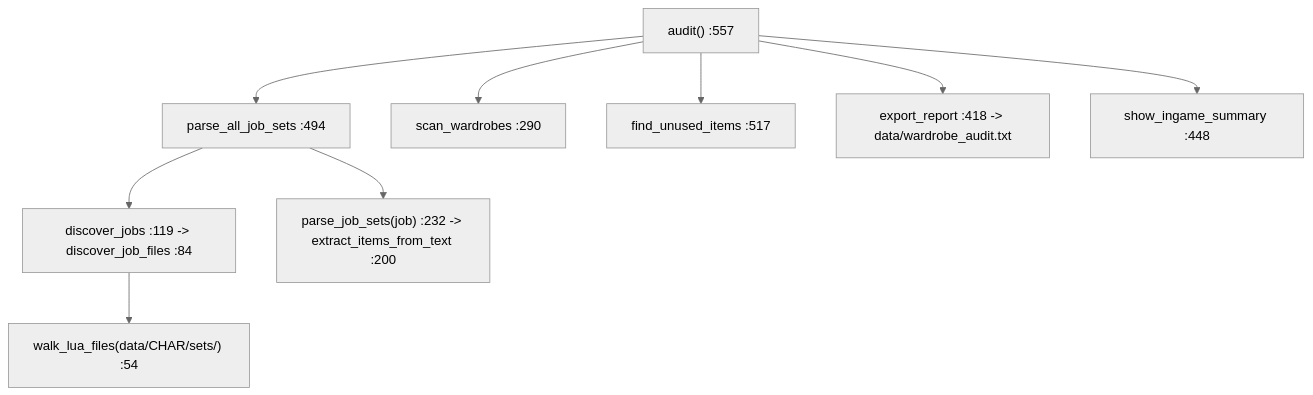
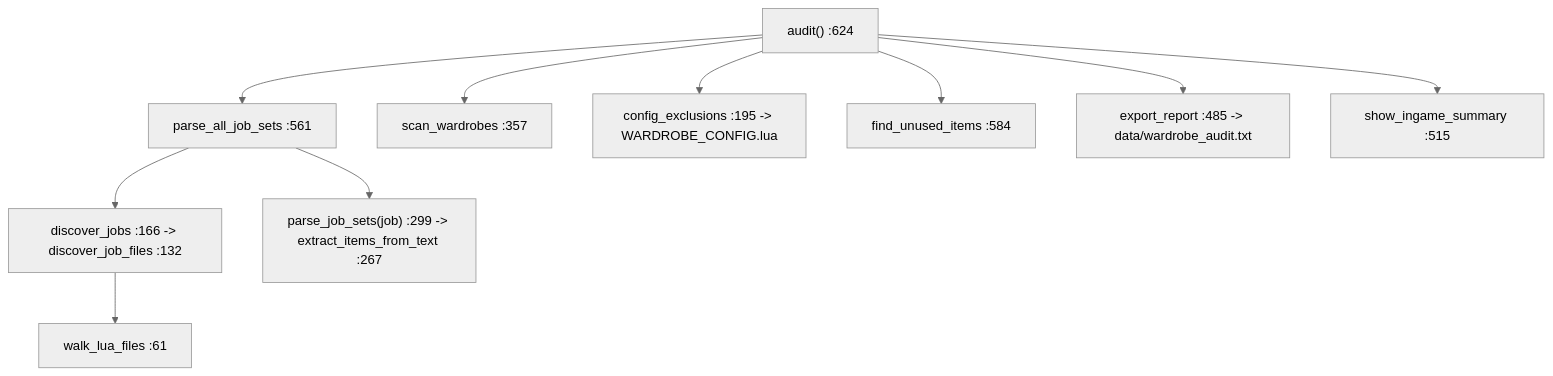
The second of 3 diagrams in docs/dev/systems/equipment-and-inventory.md (ejouanchicot/Gearswap), drawn with Mermaid (neutral theme) before and after one commit. The commit also changed other lines of this file and 17 other files, not shown here.

````diff
--- a/docs/dev/systems/equipment-and-inventory.md
+++ b/docs/dev/systems/equipment-and-inventory.md
@@ -156,11 +162,12 @@
 ```mermaid
 flowchart TD
-    A["audit() :557"] --> B["parse_all_job_sets :494"]
-    B --> C["discover_jobs :119 -> discover_job_files :84"]
-    C --> D["walk_lua_files(data/CHAR/sets/) :54"]
-    B --> E["parse_job_sets(job) :232 -> extract_items_from_text :200"]
-    A --> F["scan_wardrobes :290"]
-    A --> G["find_unused_items :517"]
-    A --> H["export_report :418 -> data/wardrobe_audit.txt"]
-    A --> I["show_ingame_summary :448"]
+    A["audit() :624"] --> B["parse_all_job_sets :561"]
+    B --> C["discover_jobs :166 -> discover_job_files :132"]
+    C --> D["walk_lua_files :61"]
+    B --> E["parse_job_sets(job) :299 -> extract_items_from_text :267"]
+    A --> F["scan_wardrobes :357"]
+    A --> X["config_exclusions :195 -> WARDROBE_CONFIG.lua"]
+    A --> G["find_unused_items :584"]
+    A --> H["export_report :485 -> data/wardrobe_audit.txt"]
+    A --> I["show_ingame_summary :515"]
 ```
````
